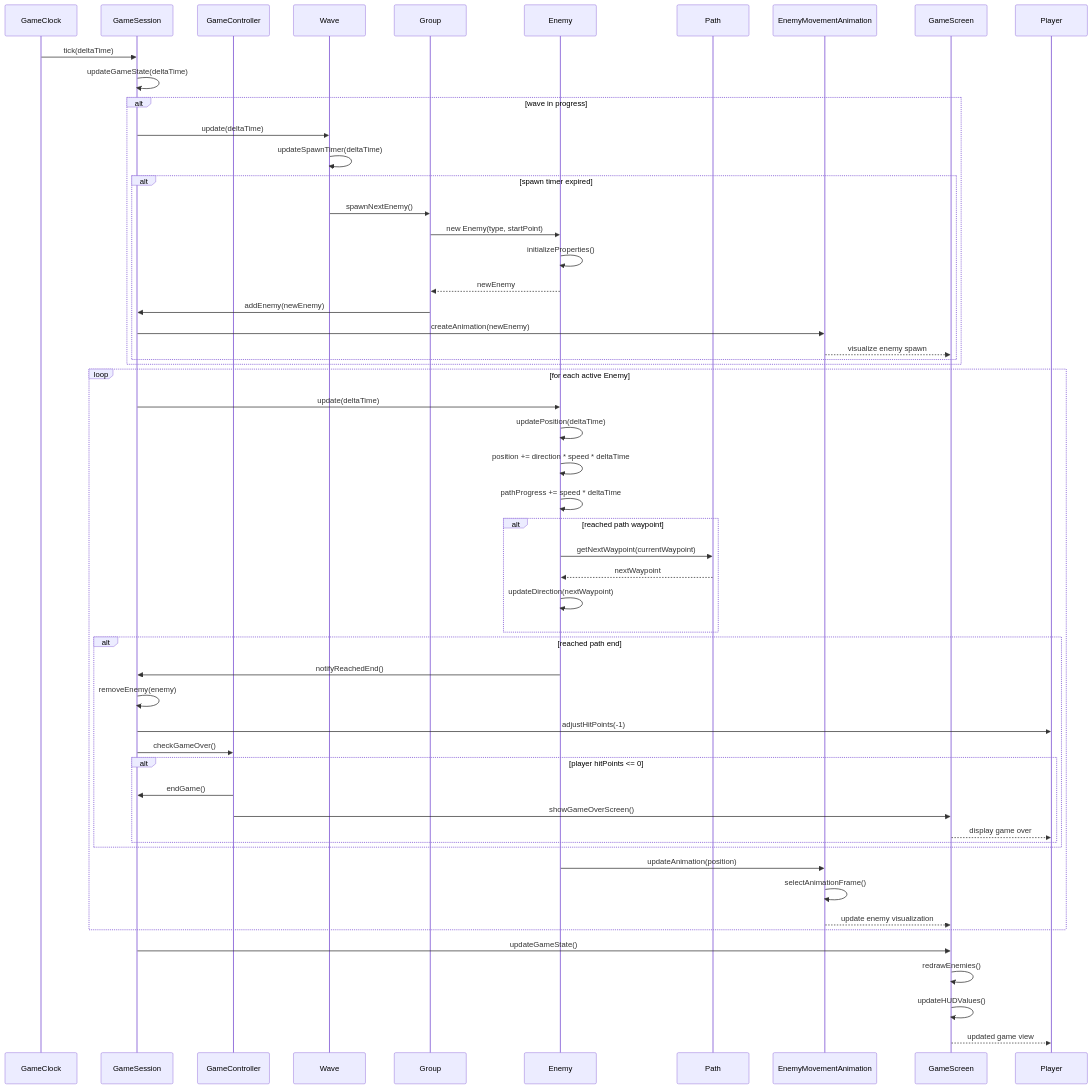
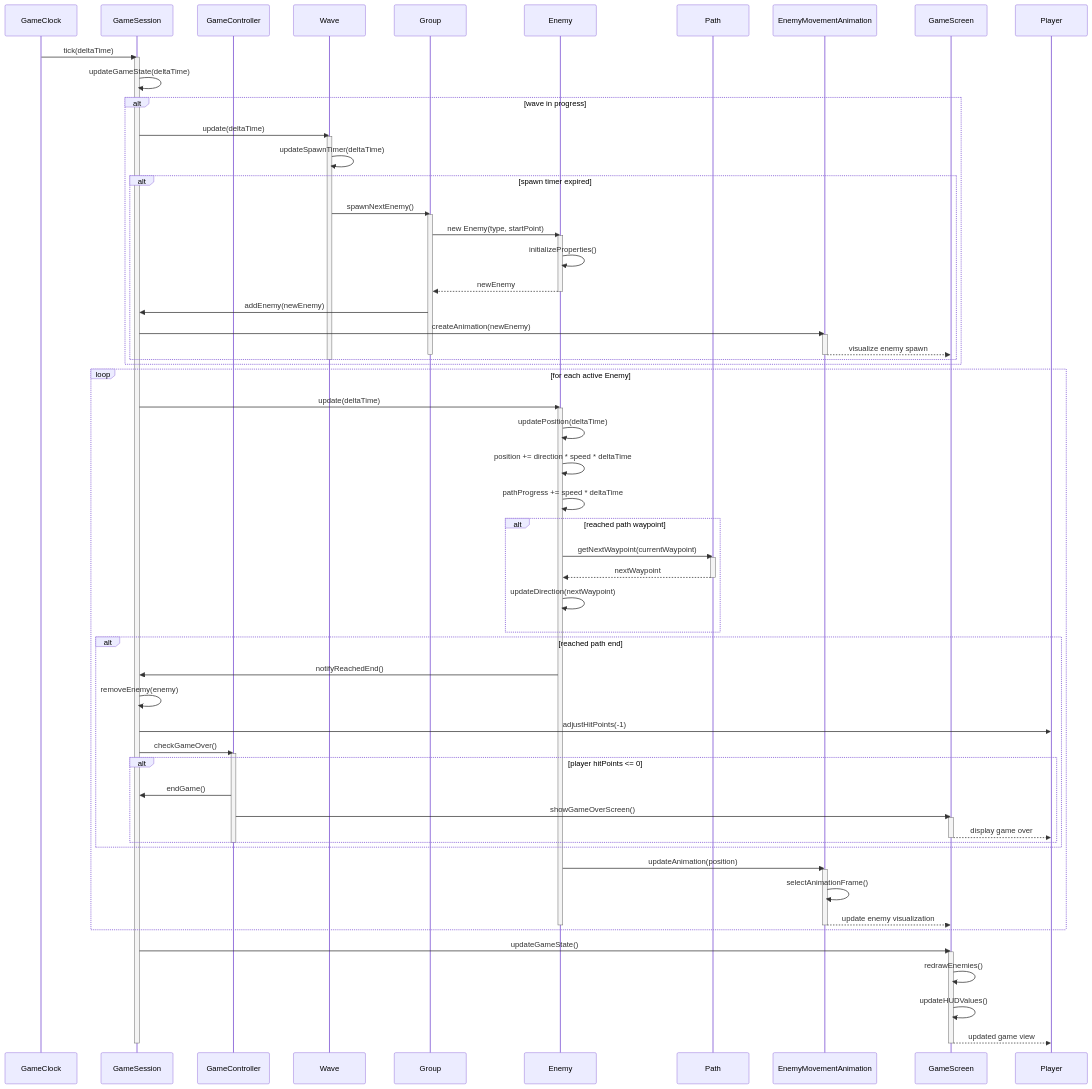
The diagram in D1-artifacts/sequence_diagrams/SD_EnemyMovement.md (EYErbil/KuTowerDefense), drawn with Mermaid before and after one commit. The commit also changed 10 other files, not shown here.

Commit message:
ADD : execution specification for sequence diagrams

````diff
--- a/D1-artifacts/sequence_diagrams/SD_EnemyMovement.md
+++ b/D1-artifacts/sequence_diagrams/SD_EnemyMovement.md
@@ -14,25 +14,35 @@
     participant Player
 
     GameClock->>GameSession: tick(deltaTime)
+    activate GameSession
     GameSession->>GameSession: updateGameState(deltaTime)
     
     alt wave in progress
         GameSession->>Wave: update(deltaTime)
+        activate Wave
         Wave->>Wave: updateSpawnTimer(deltaTime)
         
         alt spawn timer expired
             Wave->>Group: spawnNextEnemy()
+            activate Group
             Group->>Enemy: new Enemy(type, startPoint)
+            activate Enemy
             Enemy->>Enemy: initializeProperties()
             Enemy-->>Group: newEnemy
+            deactivate Enemy
             Group->>GameSession: addEnemy(newEnemy)
             GameSession->>EnemyMovementAnimation: createAnimation(newEnemy)
+            activate EnemyMovementAnimation
             EnemyMovementAnimation-->>GameScreen: visualize enemy spawn
+            deactivate EnemyMovementAnimation
+            deactivate Group
         end
+        deactivate Wave
     end
     
     loop for each active Enemy
         GameSession->>Enemy: update(deltaTime)
+        activate Enemy
         Enemy->>Enemy: updatePosition(deltaTime)
         
         Enemy->>Enemy: position += direction * speed * deltaTime
@@ -40,7 +50,9 @@
         
         alt reached path waypoint
             Enemy->>Path: getNextWaypoint(currentWaypoint)
+            activate Path
             Path-->>Enemy: nextWaypoint
+            deactivate Path
             Enemy->>Enemy: updateDirection(nextWaypoint)
         end
         
@@ -50,21 +62,31 @@
             GameSession->>Player: adjustHitPoints(-1)
             
             GameSession->>GameController: checkGameOver()
+            activate GameController
             
             alt player hitPoints <= 0
                 GameController->>GameSession: endGame()
                 GameController->>GameScreen: showGameOverScreen()
+                activate GameScreen
                 GameScreen-->>Player: display game over
+                deactivate GameScreen
             end
+            deactivate GameController
         end
         
         Enemy->>EnemyMovementAnimation: updateAnimation(position)
+        activate EnemyMovementAnimation
         EnemyMovementAnimation->>EnemyMovementAnimation: selectAnimationFrame()
         EnemyMovementAnimation-->>GameScreen: update enemy visualization
+        deactivate EnemyMovementAnimation
+        deactivate Enemy
     end
     
     GameSession->>GameScreen: updateGameState()
+    activate GameScreen
     GameScreen->>GameScreen: redrawEnemies()
     GameScreen->>GameScreen: updateHUDValues()
     GameScreen-->>Player: updated game view
+    deactivate GameScreen
+    deactivate GameSession
 ``` 
````
